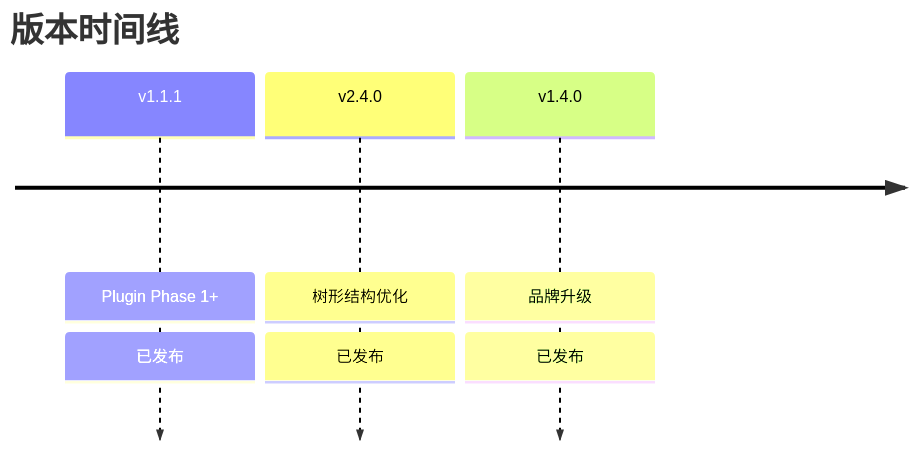
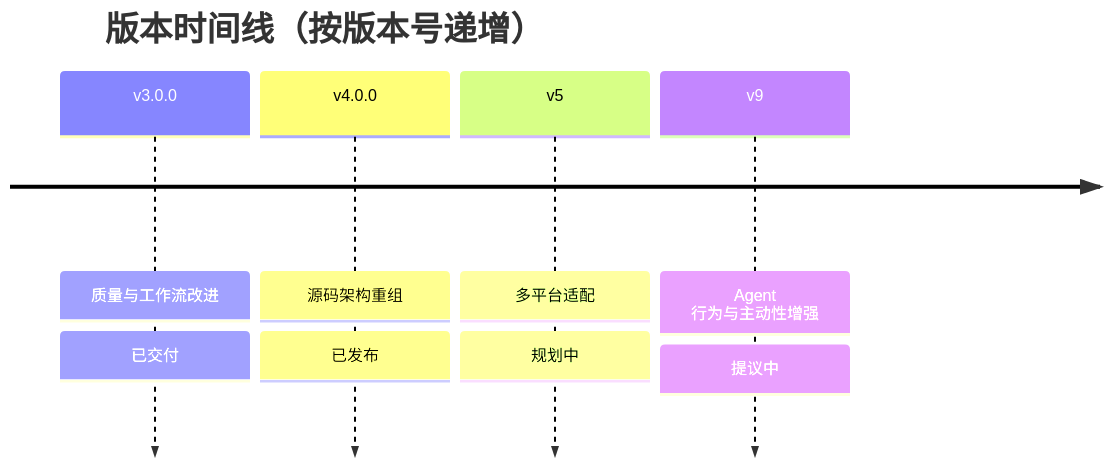
One commit to THZSummer/sddu changed the second of 8 diagrams in .sddu/ROADMAP.md. Above: the diagram before and after it, drawn with Mermaid. The commit also changed other lines of this file, not shown here.

First line of the commit message:
docs(roadmap): 版本重排为树形三段式模型（v22.0.1 → v24.1.1）

````diff
--- a/.sddu/ROADMAP.md
+++ b/.sddu/ROADMAP.md
@@ -36,7 +36,8 @@
 ```mermaid
 timeline
-    title 版本时间线
-    v1.1.1 : Plugin Phase 1+ : 已发布
-    v2.4.0 : 树形结构优化 : 已发布
-    v1.4.0 : 品牌升级 : 已发布
+    title 版本时间线（按版本号递增）
+    v3.0.0 : 质量与工作流改进 : 已交付
+    v4.0.0 : 源码架构重组 : 已发布
+    v5 : 多平台适配 : 规划中
+    v9 : Agent 行为与主动性增强 : 提议中
 ```
````
